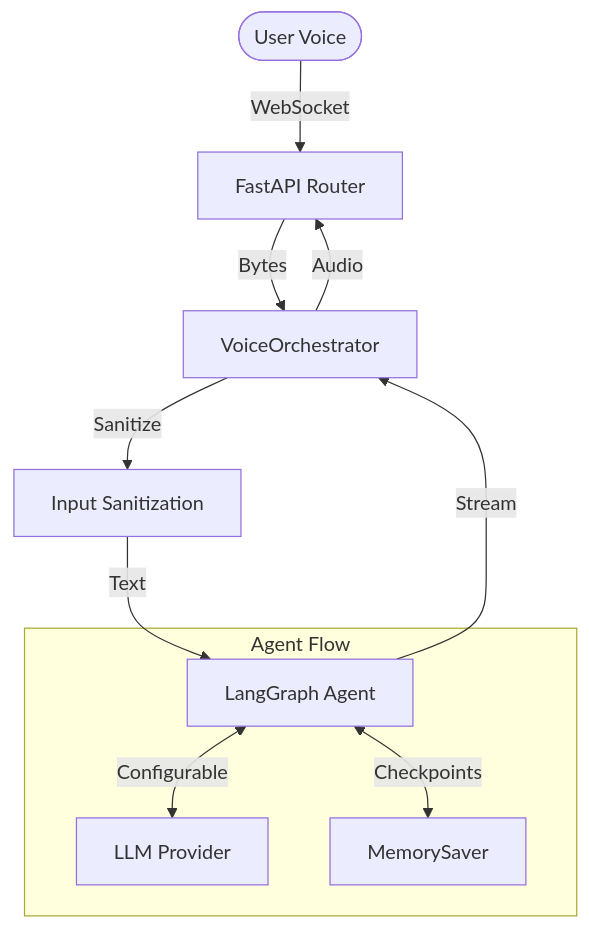
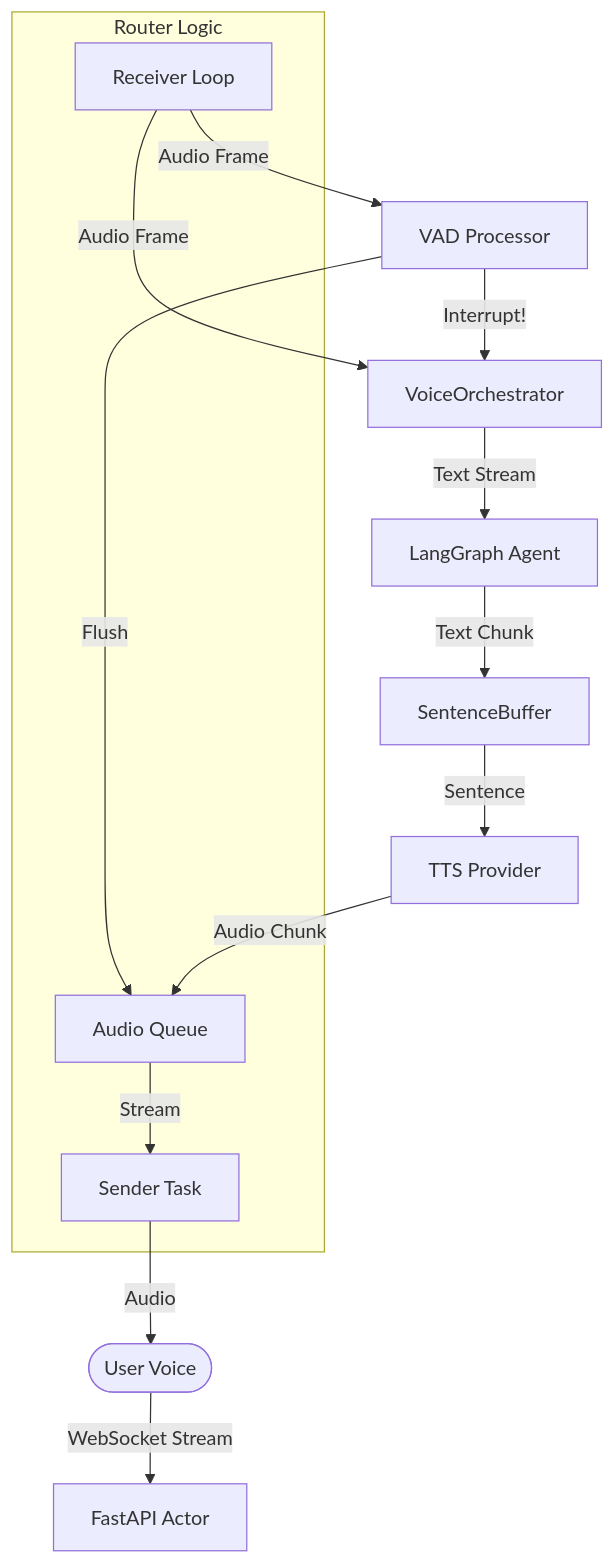
One commit to jhcook/agentic-dev changed the diagram in .agent/docs/backend_voice.md. Above: the diagram before and after it, drawn with Mermaid. The commit also changed other lines of this file and 23 other files, not shown here.

First line of the commit message:
[INFRA-030] feat(voice): Implement Real-Time Streaming, VAD, and Interrupts (#9)

````diff
--- a/.agent/docs/backend_voice.md
+++ b/.agent/docs/backend_voice.md
@@ -45,15 +20,24 @@
 ```mermaid
 graph TD
-    User([User Voice]) -->|WebSocket| Router[FastAPI Router]
-    Router -->|Bytes| Orchestrator[VoiceOrchestrator]
-    Orchestrator -->|Sanitize| Security[Input Sanitization]
-    Security -->|Text| Agent[LangGraph Agent]
-    subgraph Agent Flow
-        LLM[LLM Provider]
-        Mem[MemorySaver]
-        Agent <-->|Configurable| LLM
-        Agent <-->|Checkpoints| Mem
+    User([User Voice]) -->|WebSocket Stream| Router[FastAPI Actor]
+    
+    subgraph Router Logic
+        Receiver[Receiver Loop]
+        Sender[Sender Task]
+        Queue[Audio Queue]
     end
-    Agent -->|Stream| Orchestrator
-    Orchestrator -->|Audio| Router
+    
+    Receiver -->|Audio Frame| VAD[VAD Processor]
+    Receiver -->|Audio Frame| Orchestrator[VoiceOrchestrator]
+    
+    VAD --"Interrupt!"--> Orchestrator
+    VAD --"Flush"--> Queue
+    
+    Orchestrator -->|Text Stream| Agent[LangGraph Agent]
+    Agent -->|Text Chunk| Buffer[SentenceBuffer]
+    Buffer -->|Sentence| TTS[TTS Provider]
+    TTS -->|Audio Chunk| Queue
+    
+    Queue -->|Stream| Sender
+    Sender -->|Audio| User
 ```
````
